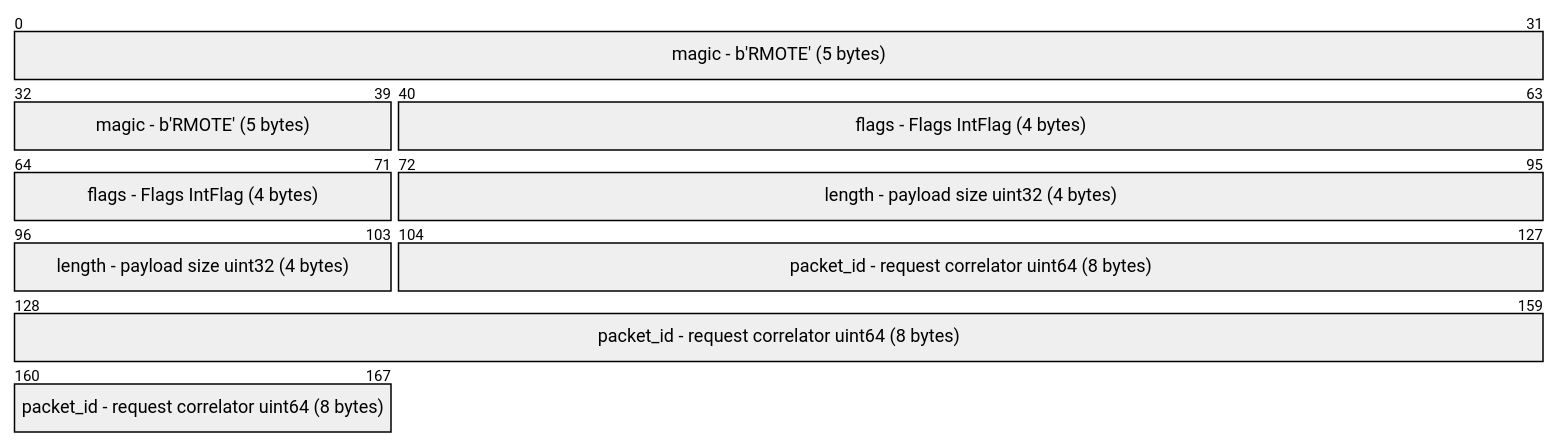
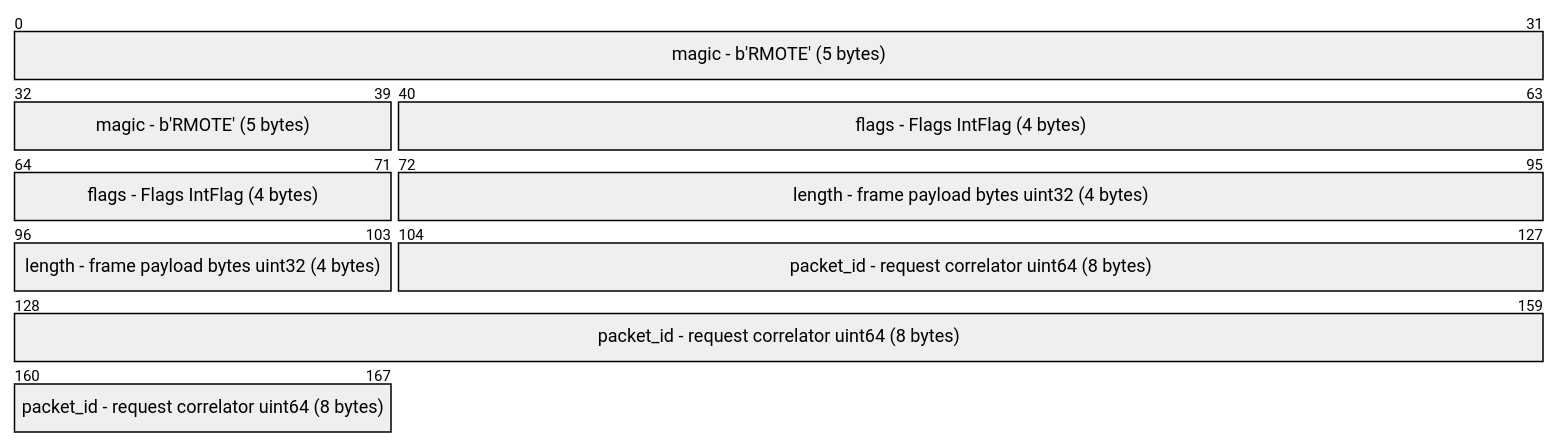
The third of 3 diagrams in docs/concepts.md (mosquito/rmote), drawn with Mermaid before and after one commit. The commit also changed other lines of this file and 7 other files, not shown here.

````diff
--- a/docs/concepts.md
+++ b/docs/concepts.md
@@ -98,7 +134,7 @@
 ```{mermaid}
 packet-beta
   0-39:   "magic - b'RMOTE' (5 bytes)"
   40-71:  "flags - Flags IntFlag (4 bytes)"
-  72-103: "length - payload size uint32 (4 bytes)"
+  72-103: "length - frame payload bytes uint32 (4 bytes)"
   104-167: "packet_id - request correlator uint64 (8 bytes)"
 ```
````
